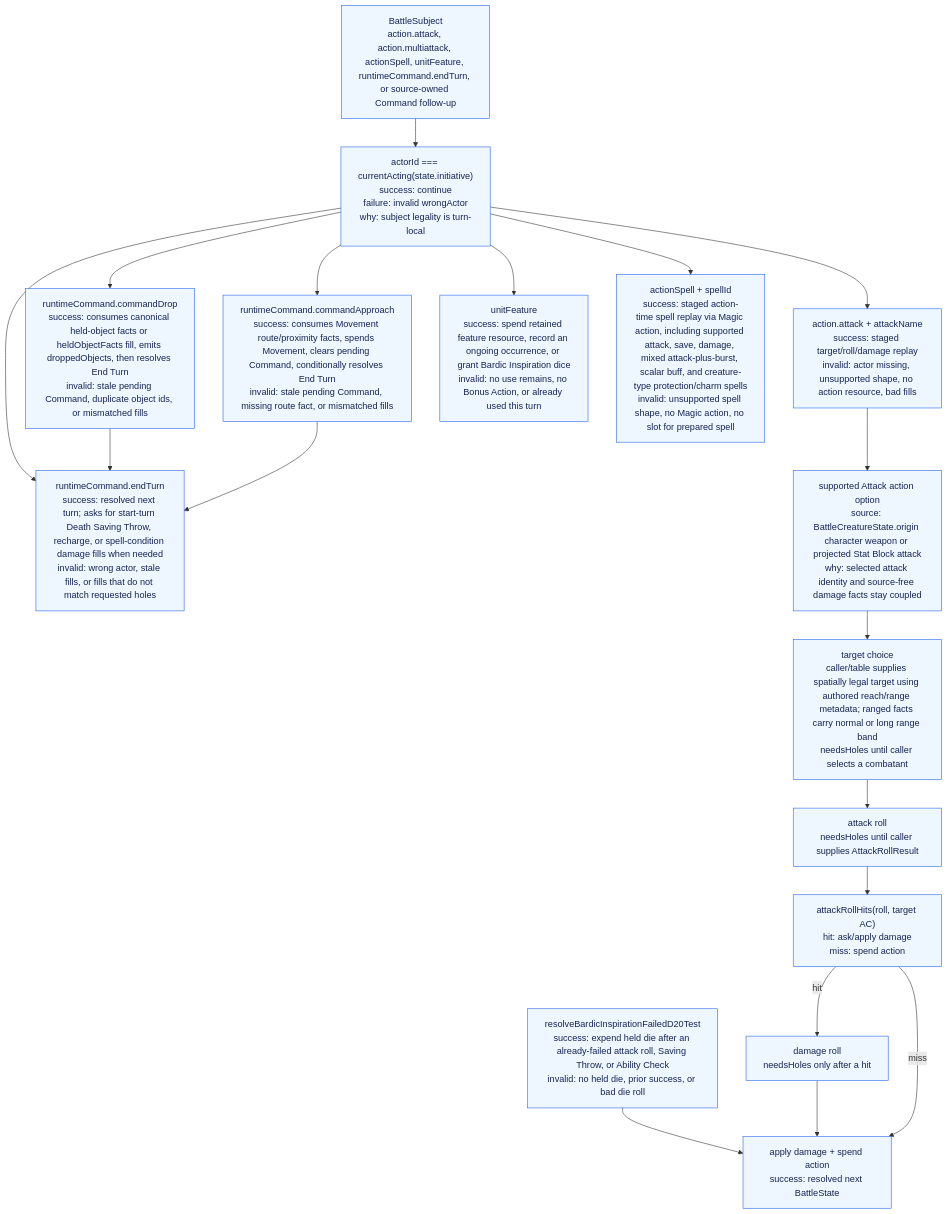
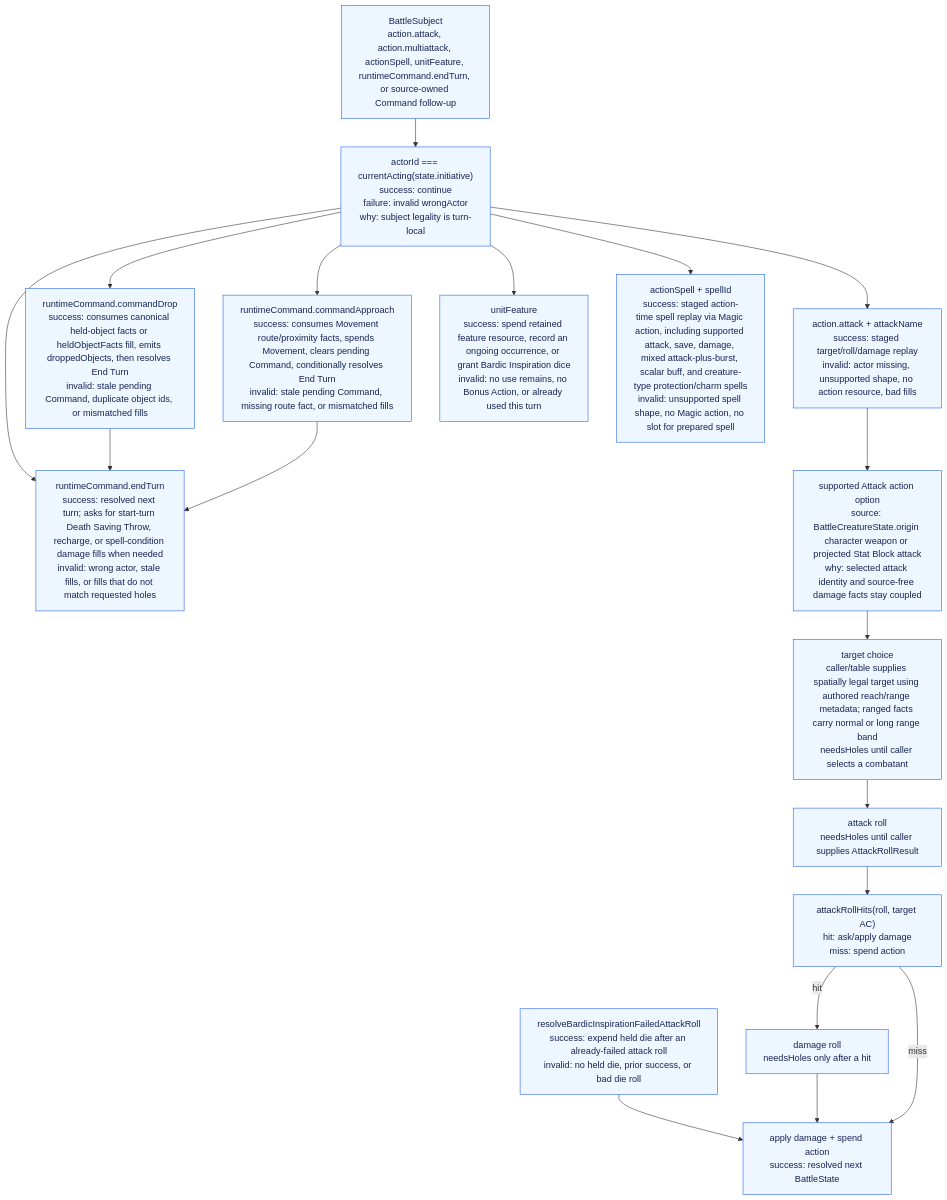
The second of 2 diagrams in packages/battle-runtime/ARCHITECTURE_GRAPH.md (dearlordylord/5e-quint), drawn with Mermaid before and after one commit. The commit also changed other lines of this file and 20 other files, not shown here.

````diff
--- a/packages/battle-runtime/ARCHITECTURE_GRAPH.md
+++ b/packages/battle-runtime/ARCHITECTURE_GRAPH.md
@@ -291,32 +291,32 @@
 ```mermaid
 flowchart TD
   Subject["BattleSubject<br/>action.attack, action.multiattack, actionSpell, unitFeature, runtimeCommand.endTurn, or source-owned Command follow-up"]
   CurrentActor["actorId === currentActing(state.initiative)<br/>success: continue<br/>failure: invalid wrongActor<br/>why: subject legality is turn-local"]
   EndTurn["runtimeCommand.endTurn<br/>success: resolved next turn; asks for start-turn Death Saving Throw, recharge, or spell-condition damage fills when needed<br/>invalid: wrong actor, stale fills, or fills that do not match requested holes"]
   CommandDrop["runtimeCommand.commandDrop<br/>success: consumes canonical held-object facts or heldObjectFacts fill, emits droppedObjects, then resolves End Turn<br/>invalid: stale pending Command, duplicate object ids, or mismatched fills"]
   CommandApproach["runtimeCommand.commandApproach<br/>success: consumes Movement route/proximity facts, spends Movement, clears pending Command, conditionally resolves End Turn<br/>invalid: stale pending Command, missing route fact, or mismatched fills"]
   Attack["action.attack + attackName<br/>success: staged target/roll/damage replay<br/>invalid: actor missing, unsupported shape, no action resource, bad fills"]
   UnitFeature["unitFeature<br/>success: spend retained feature resource, record an ongoing occurrence, or grant Bardic Inspiration dice<br/>invalid: no use remains, no Bonus Action, or already used this turn"]
-  BardicDieUse["resolveBardicInspirationFailedD20Test<br/>success: expend held die after an already-failed attack roll, Saving Throw, or Ability Check<br/>invalid: no held die, prior success, or bad die roll"]
+  BardicDieUse["resolveBardicInspirationFailedAttackRoll<br/>success: expend held die after an already-failed attack roll<br/>invalid: no held die, prior success, or bad die roll"]
   Magic["actionSpell + spellId<br/>success: staged action-time spell replay via Magic action, including supported attack, save, damage, mixed attack-plus-burst, scalar buff, and creature-type protection/charm spells<br/>invalid: unsupported spell shape, no Magic action, no slot for prepared spell"]
   AttackOption["supported Attack action option<br/>source: BattleCreatureState.origin character weapon or projected Stat Block attack<br/>why: selected attack identity and source-free damage facts stay coupled"]
   Target["target choice<br/>caller/table supplies spatially legal target using authored reach/range metadata; ranged facts carry normal or long range band<br/>needsHoles until caller selects a combatant"]
   Roll["attack roll<br/>needsHoles until caller supplies AttackRollResult"]
   HitCheck["attackRollHits(roll, target AC)<br/>hit: ask/apply damage<br/>miss: spend action"]
   DamageHole["damage roll<br/>needsHoles only after a hit"]
   Apply["apply damage + spend action<br/>success: resolved next BattleState"]
 
   Subject --> CurrentActor
   CurrentActor --> EndTurn
   CurrentActor --> CommandDrop --> EndTurn
   CurrentActor --> CommandApproach --> EndTurn
   CurrentActor --> Attack --> AttackOption --> Target --> Roll --> HitCheck
   CurrentActor --> UnitFeature
   CurrentActor --> Magic
   BardicDieUse --> Apply
   HitCheck -->|hit| DamageHole --> Apply
   HitCheck -->|miss| Apply
 
   classDef implemented fill:#eef6ff,stroke:#2563eb,color:#172554;
   class Subject,CurrentActor,EndTurn,CommandDrop,CommandApproach,Attack,UnitFeature,BardicDieUse,Magic,AttackOption,Target,Roll,HitCheck,DamageHole,Apply implemented;
 ```
````
